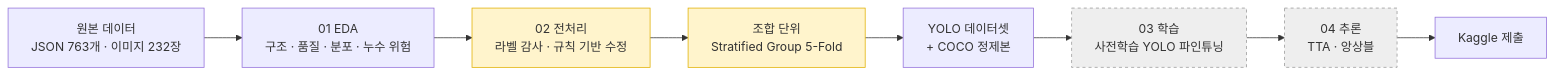
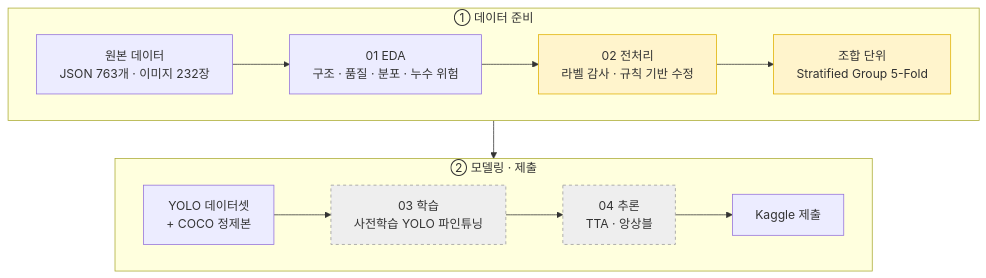
One commit to lee-da-gyo/ai-project-01-pill-detection changed the diagram in README.md. Above: the diagram before and after it, drawn with Mermaid.

Commit message:
README: 파이프라인 다이어그램을 두 단계로 나눠 가독성 개선

````diff
--- a/README.md
+++ b/README.md
@@ -92,15 +92,21 @@
 ```mermaid
-flowchart LR
-    A[원본 데이터<br/>JSON 763개 · 이미지 232장] --> B[01 EDA<br/>구조 · 품질 · 분포 · 누수 위험]
-    B --> C[02 전처리<br/>라벨 감사 · 규칙 기반 수정]
-    C --> D[조합 단위<br/>Stratified Group 5-Fold]
-    D --> E[YOLO 데이터셋<br/>+ COCO 정제본]
-    E --> F[03 학습<br/>사전학습 YOLO 파인튜닝]
-    F --> G[04 추론<br/>TTA · 앙상블]
-    G --> H[Kaggle 제출]
+flowchart TB
+    subgraph S1 [" ① 데이터 준비 "]
+        direction LR
+        A[원본 데이터<br/>JSON 763개 · 이미지 232장] --> B[01 EDA<br/>구조 · 품질 · 분포 · 누수 위험]
+        B --> C[02 전처리<br/>라벨 감사 · 규칙 기반 수정]
+        C --> D[조합 단위<br/>Stratified Group 5-Fold]
+    end
+    subgraph S2 [" ② 모델링 · 제출 "]
+        direction LR
+        E[YOLO 데이터셋<br/>+ COCO 정제본] --> F[03 학습<br/>사전학습 YOLO 파인튜닝]
+        F --> G[04 추론<br/>TTA · 앙상블]
+        G --> H[Kaggle 제출]
+    end
+    S1 --> S2
 
     style C fill:#FFF4CC,stroke:#E0B000
     style D fill:#FFF4CC,stroke:#E0B000
     style F fill:#EEEEEE,stroke:#999999,stroke-dasharray: 4 4
     style G fill:#EEEEEE,stroke:#999999,stroke-dasharray: 4 4
 ```
````
